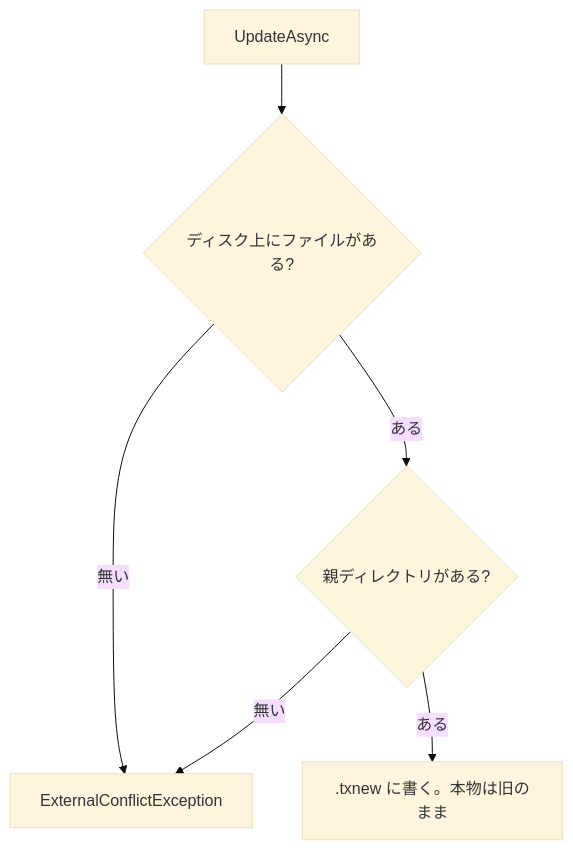
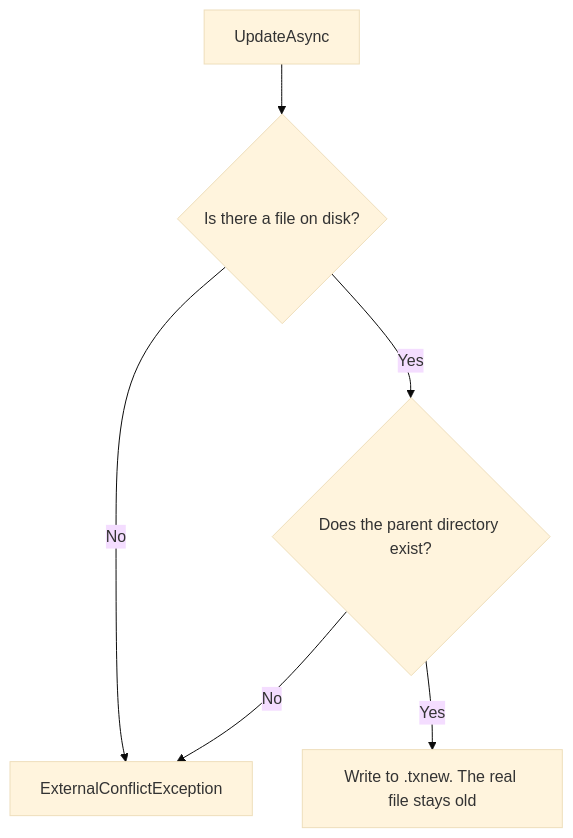
Before and after one commit to YUKIKEDA/Txfio: the fourth of 15 diagrams in README.md, drawn with Mermaid (base theme). The commit also changed other lines of this file and 218 other files, not shown here.

````diff
--- a/README.md
+++ b/README.md
@@ -207,8 +209,8 @@
 ```mermaid
 flowchart TD
-  upd["UpdateAsync"] --> exists{"ディスク上にファイルがある?"}
-  exists -->|無い| ext["ExternalConflictException"]
-  exists -->|ある| parent{"親ディレクトリがある?"}
-  parent -->|無い| ext
-  parent -->|ある| ok[".txnew に書く。本物は旧のまま"]
+  upd["UpdateAsync"] --> exists{"Is there a file on disk?"}
+  exists -->|No| ext["ExternalConflictException"]
+  exists -->|Yes| parent{"Does the parent directory exist?"}
+  parent -->|No| ext
+  parent -->|Yes| ok["Write to .txnew. The real file stays old"]
 ```
````
